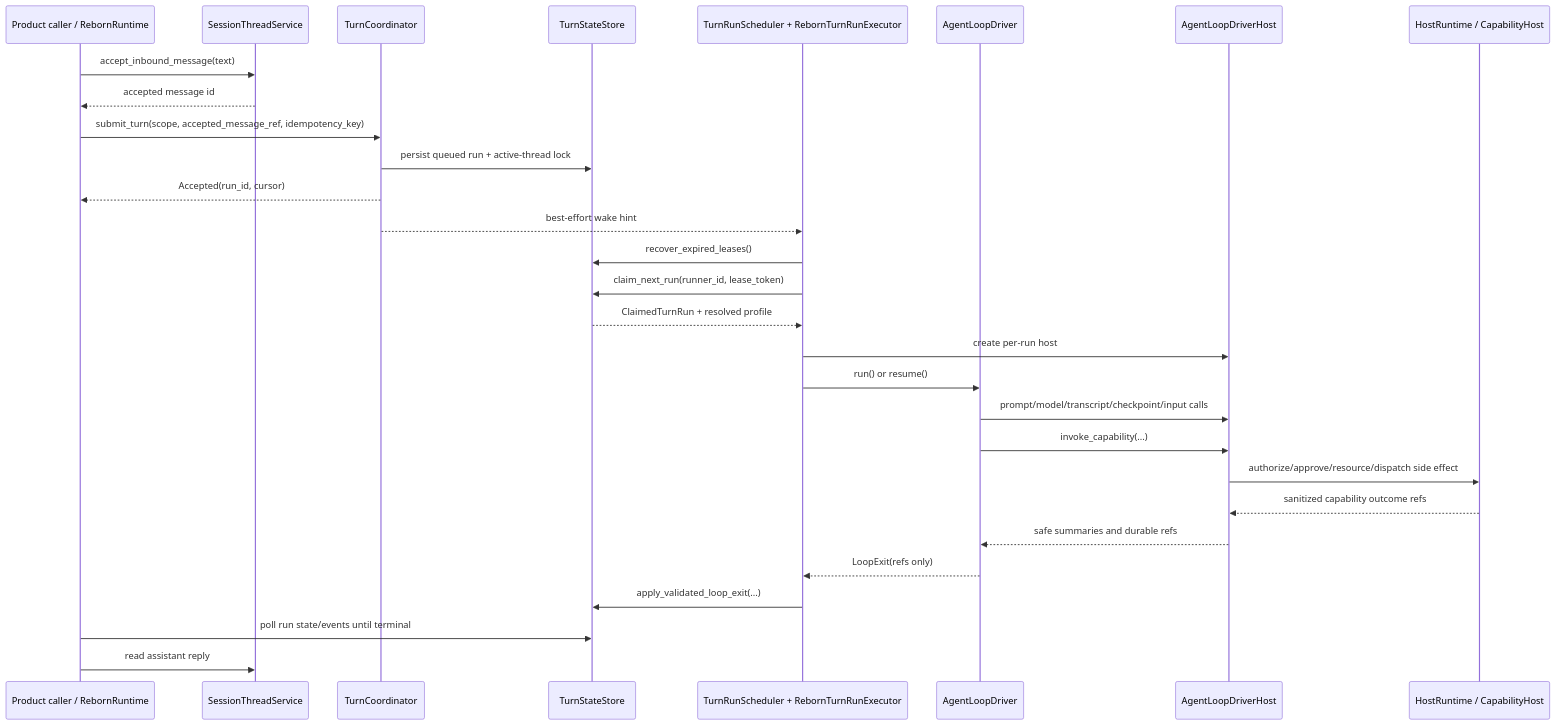
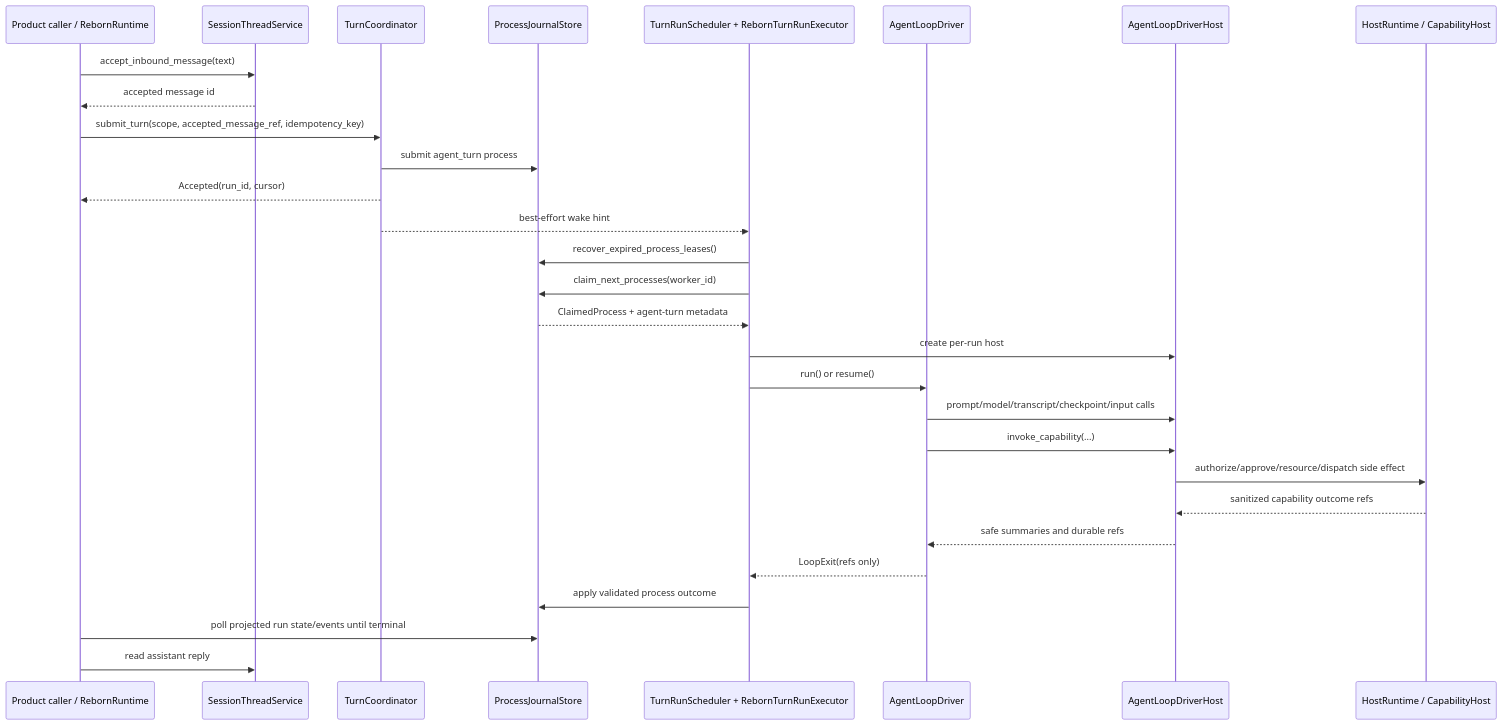
One commit to kmjayadeep/ironclaw changed the fourth of 7 diagrams in crates/Architecture.md. Above: the diagram before and after it, drawn with Mermaid. The commit also changed other lines of this file and 87 other files, not shown here.

Commit message:
Complete process journal authority migration

````diff
--- a/crates/Architecture.md
+++ b/crates/Architecture.md
@@ -508,32 +515,32 @@
 ```mermaid
 sequenceDiagram
     participant Caller as Product caller / RebornRuntime
     participant Threads as SessionThreadService
     participant Coord as TurnCoordinator
-    participant Store as TurnStateStore
+    participant Processes as ProcessJournalStore
     participant Worker as TurnRunScheduler + RebornTurnRunExecutor
     participant Driver as AgentLoopDriver
     participant Host as AgentLoopDriverHost
     participant Kernel as HostRuntime / CapabilityHost
 
     Caller->>Threads: accept_inbound_message(text)
     Threads-->>Caller: accepted message id
     Caller->>Coord: submit_turn(scope, accepted_message_ref, idempotency_key)
-    Coord->>Store: persist queued run + active-thread lock
+    Coord->>Processes: submit agent_turn process
     Coord-->>Caller: Accepted(run_id, cursor)
     Coord-->>Worker: best-effort wake hint
-    Worker->>Store: recover_expired_leases()
-    Worker->>Store: claim_next_run(runner_id, lease_token)
-    Store-->>Worker: ClaimedTurnRun + resolved profile
+    Worker->>Processes: recover_expired_process_leases()
+    Worker->>Processes: claim_next_processes(worker_id)
+    Processes-->>Worker: ClaimedProcess + agent-turn metadata
     Worker->>Host: create per-run host
     Worker->>Driver: run() or resume()
     Driver->>Host: prompt/model/transcript/checkpoint/input calls
     Driver->>Host: invoke_capability(...)
     Host->>Kernel: authorize/approve/resource/dispatch side effect
     Kernel-->>Host: sanitized capability outcome refs
     Host-->>Driver: safe summaries and durable refs
     Driver-->>Worker: LoopExit(refs only)
-    Worker->>Store: apply_validated_loop_exit(...)
-    Caller->>Store: poll run state/events until terminal
+    Worker->>Processes: apply validated process outcome
+    Caller->>Processes: poll projected run state/events until terminal
     Caller->>Threads: read assistant reply
 ```
````
